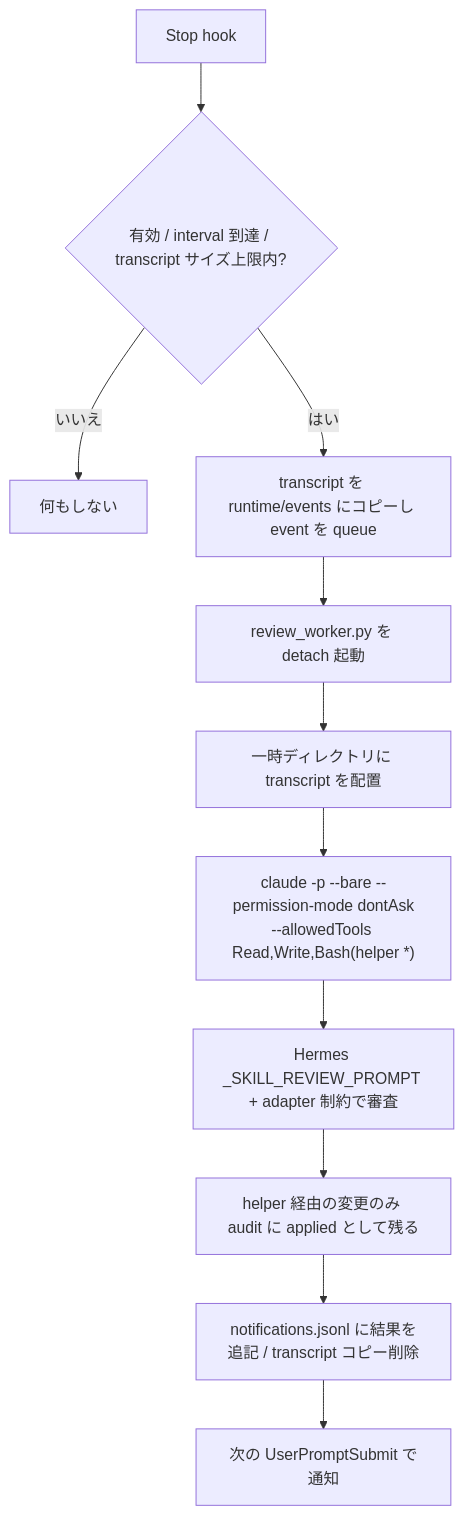
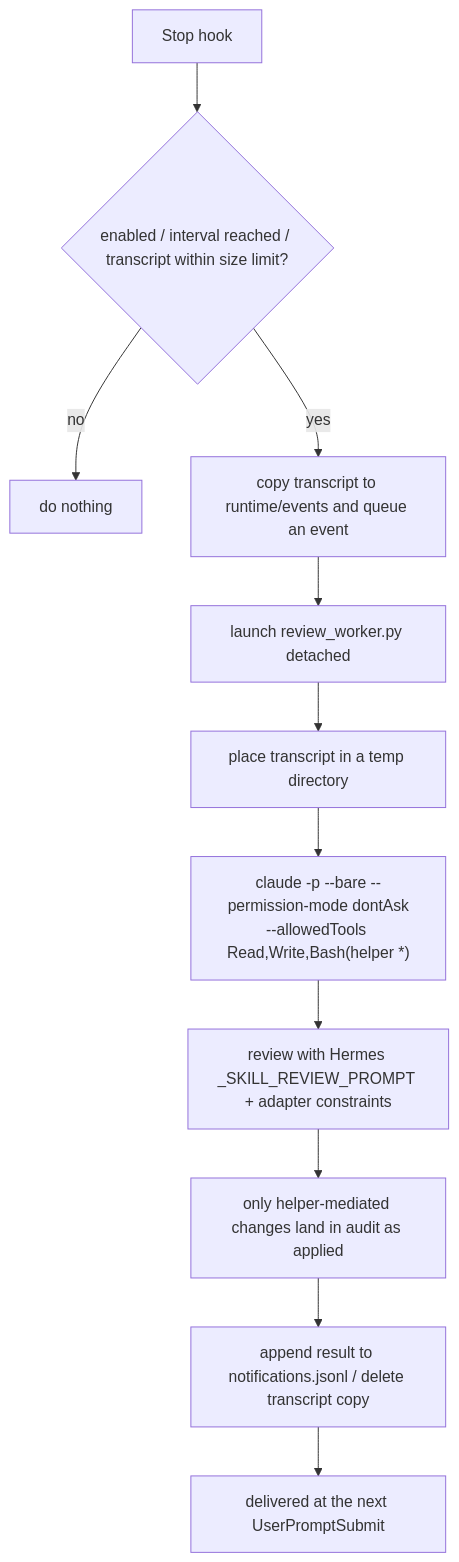
Before and after one commit to lilpacy/hermes-self-improvement-claude-plugin: the fourth of 5 diagrams in README.md, drawn with Mermaid. The commit also changed other lines of this file and 1 other file, not shown here.

````diff
--- a/README.md
+++ b/README.md
@@ -193,13 +184,13 @@
 ```mermaid
 flowchart TD
-  A[Stop hook] --> B{有効 / interval 到達 / transcript サイズ上限内?}
-  B -- いいえ --> Z[何もしない]
-  B -- はい --> C[transcript を runtime/events にコピーし event を queue]
-  C --> D[review_worker.py を detach 起動]
-  D --> E[一時ディレクトリに transcript を配置]
+  A[Stop hook] --> B{enabled / interval reached / transcript within size limit?}
+  B -- no --> Z[do nothing]
+  B -- yes --> C[copy transcript to runtime/events and queue an event]
+  C --> D[launch review_worker.py detached]
+  D --> E[place transcript in a temp directory]
   E --> F["claude -p --bare --permission-mode dontAsk<br/>--allowedTools Read,Write,Bash(helper *)"]
-  F --> G[Hermes _SKILL_REVIEW_PROMPT + adapter 制約で審査]
-  G --> H[helper 経由の変更のみ audit に applied として残る]
-  H --> I[notifications.jsonl に結果を追記 / transcript コピー削除]
-  I --> J[次の UserPromptSubmit で通知]
+  F --> G[review with Hermes _SKILL_REVIEW_PROMPT + adapter constraints]
+  G --> H[only helper-mediated changes land in audit as applied]
+  H --> I[append result to notifications.jsonl / delete transcript copy]
+  I --> J[delivered at the next UserPromptSubmit]
 ```
````
